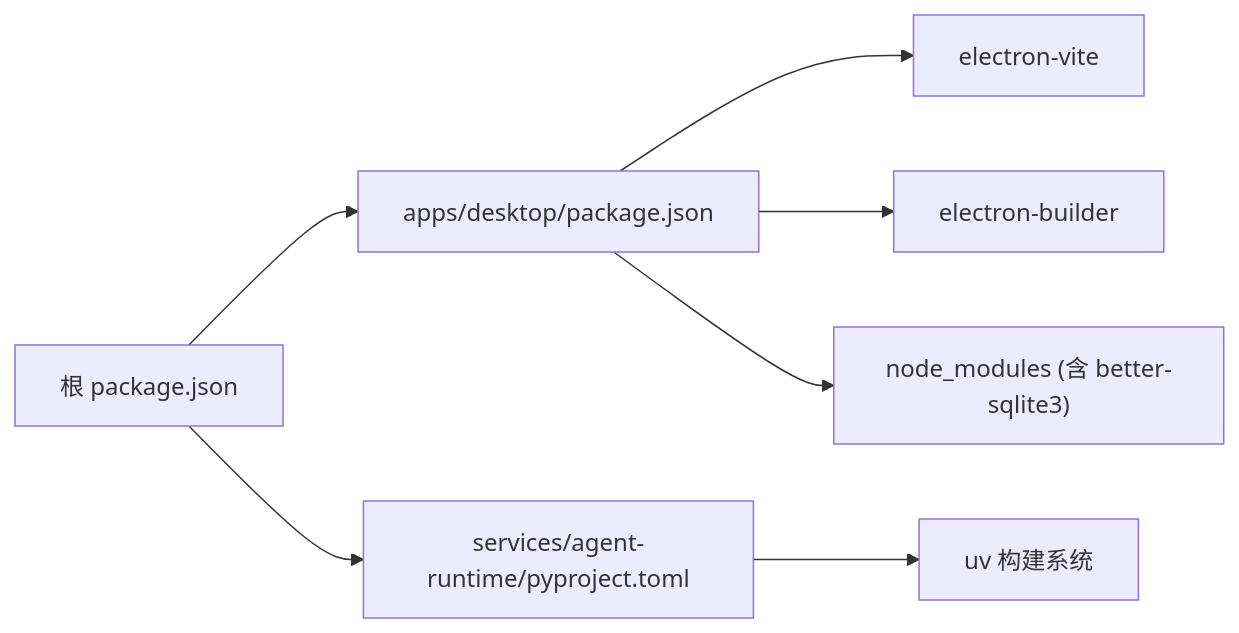
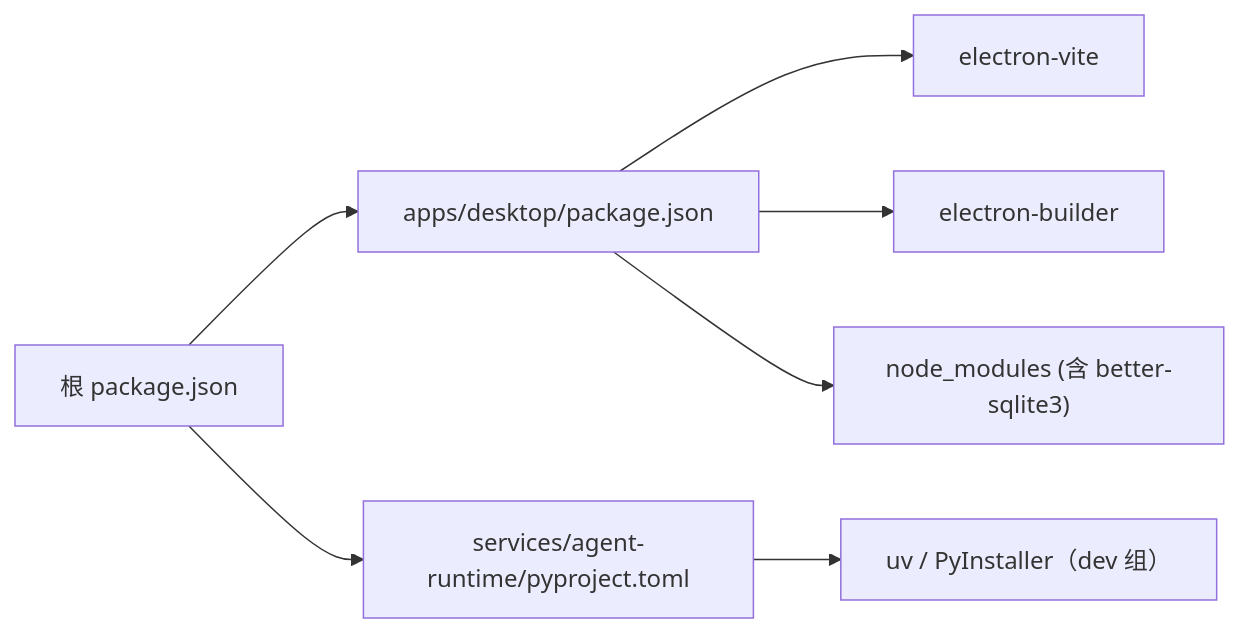
Before and after one commit to Azusa010/personal-agent: the fourth of 5 diagrams in .repowiki/zh/content/部署发布.md, drawn with Mermaid. The commit also changed other lines of this file and 40 other files, not shown here.

````diff
--- a/.repowiki/zh/content/部署发布.md
+++ b/.repowiki/zh/content/部署发布.md
@@ -195,9 +203,9 @@
 ```mermaid
 graph LR
 Pkg["根 package.json"] --> DeskPkg["apps/desktop/package.json"]
 DeskPkg --> EVite["electron-vite"]
 DeskPkg --> EB["electron-builder"]
 DeskPkg --> NodeDeps["node_modules (含 better-sqlite3)"]
 Pkg --> PyProj["services/agent-runtime/pyproject.toml"]
-PyProj --> UV["uv 构建系统"]
+PyProj --> UV["uv / PyInstaller（dev 组）"]
 ```
````
